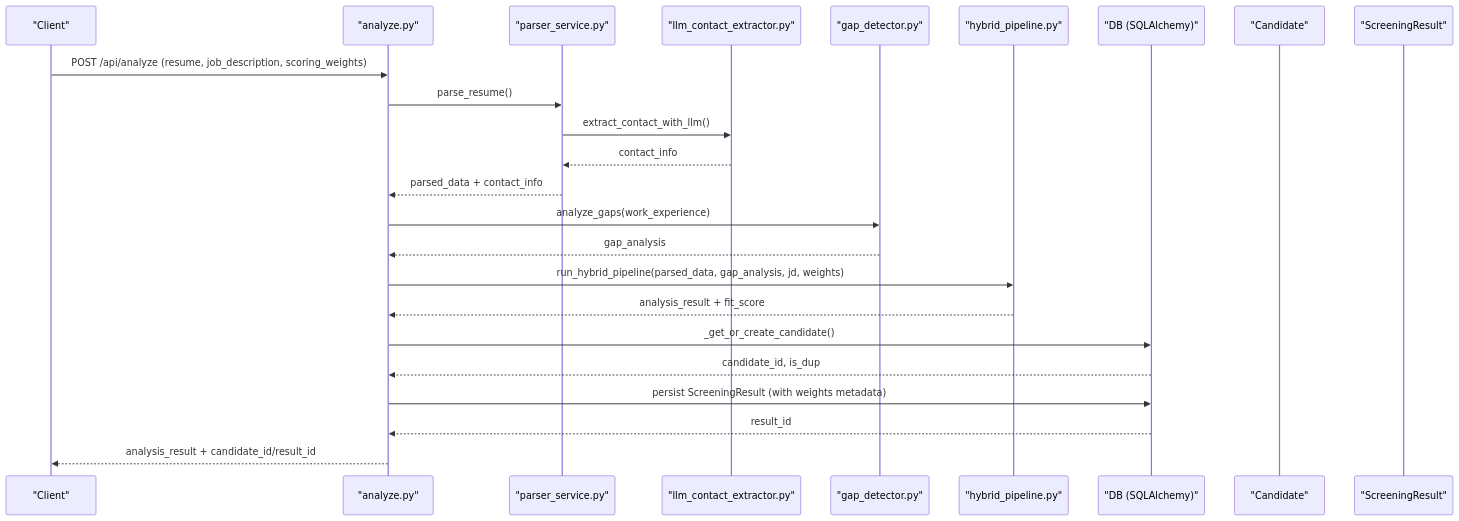
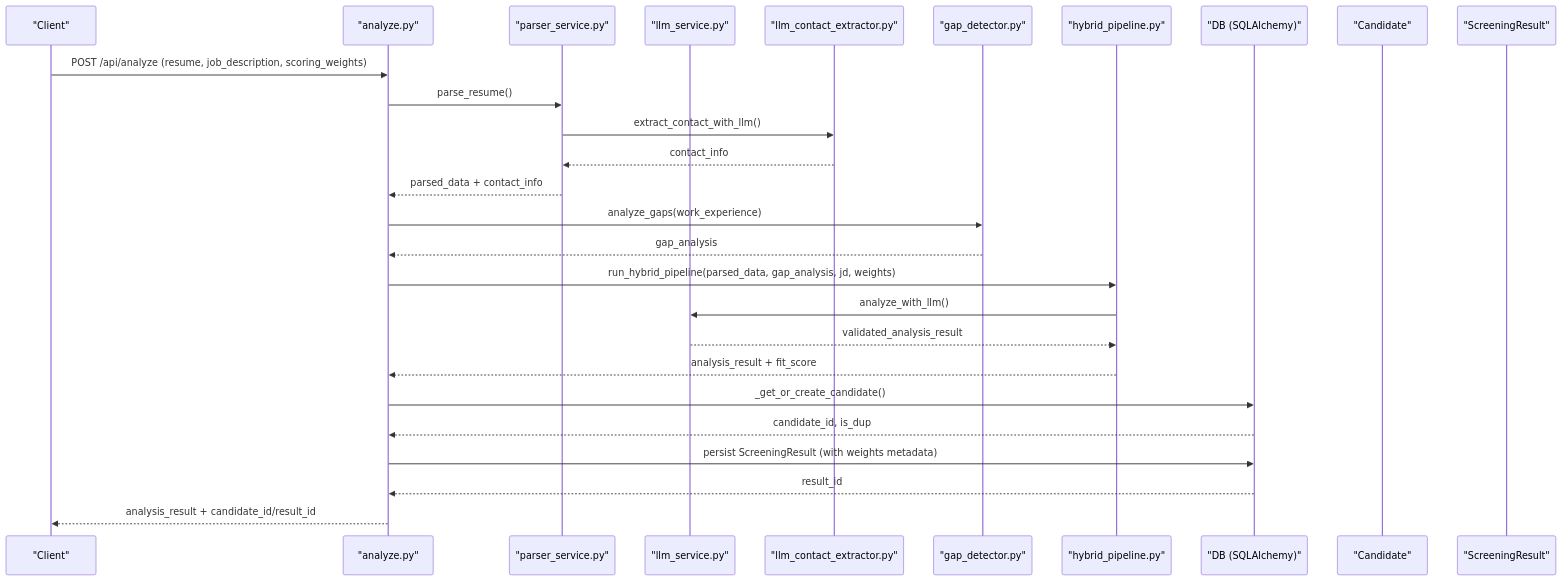
The second of 12 diagrams in .qoder/repowiki/en/content/Candidate Management/Candidate Management.md (Revanththetalogics/aireume), drawn with Mermaid before and after one commit. The commit also changed other lines of this file and 2 other files, not shown here.

First line of the commit message:
fix: use enriched candidate data from analysis_result in candidates.py

````diff
--- a/.qoder/repowiki/en/content/Candidate Management/Candidate Management.md
+++ b/.qoder/repowiki/en/content/Candidate Management/Candidate Management.md
@@ -137,26 +151,29 @@
 ```mermaid
 sequenceDiagram
 participant Client as "Client"
 participant Route as "analyze.py"
 participant Parser as "parser_service.py"
+participant LLM as "llm_service.py"
 participant LLMContact as "llm_contact_extractor.py"
 participant Gap as "gap_detector.py"
 participant Pipe as "hybrid_pipeline.py"
 participant DB as "DB (SQLAlchemy)"
 participant Cand as "Candidate"
 participant Res as "ScreeningResult"
 Client->>Route : POST /api/analyze (resume, job_description, scoring_weights)
 Route->>Parser : parse_resume()
 Parser->>LLMContact : extract_contact_with_llm()
 LLMContact-->>Parser : contact_info
 Parser-->>Route : parsed_data + contact_info
 Route->>Gap : analyze_gaps(work_experience)
 Gap-->>Route : gap_analysis
 Route->>Pipe : run_hybrid_pipeline(parsed_data, gap_analysis, jd, weights)
+Pipe->>LLM : analyze_with_llm()
+LLM-->>Pipe : validated_analysis_result
 Pipe-->>Route : analysis_result + fit_score
 Route->>DB : _get_or_create_candidate()
 DB-->>Route : candidate_id, is_dup
 Route->>DB : persist ScreeningResult (with weights metadata)
 DB-->>Route : result_id
 Route-->>Client : analysis_result + candidate_id/result_id
 ```
````
